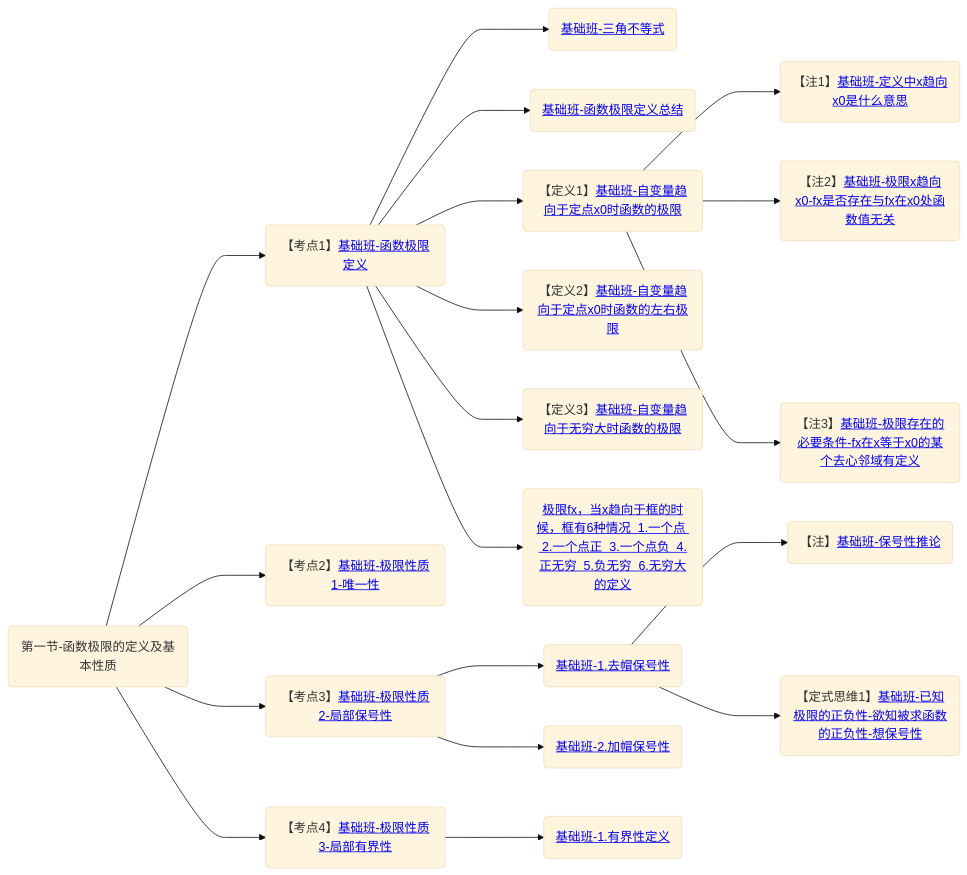
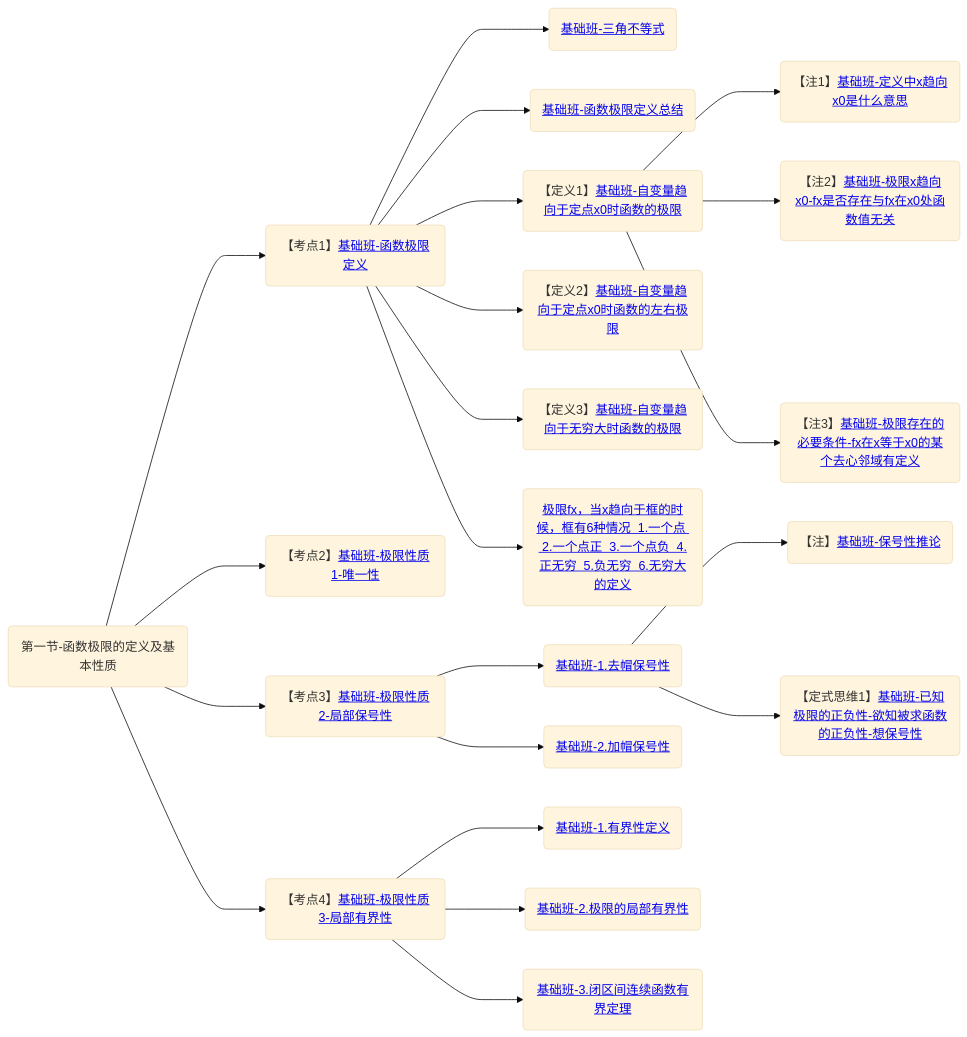
Before and after one commit to yuebinghui/note: the diagram in 笔记/数学/周洋鑫/基础班/00.大纲.md, drawn with Mermaid (base theme). The commit also changed 9 other files, not shown here.

````diff
--- a/笔记/数学/周洋鑫/基础班/00.大纲.md
+++ b/笔记/数学/周洋鑫/基础班/00.大纲.md
@@ -1,28 +1,30 @@
 ```mermaid
 graph LR
 第一节-函数极限的定义及基本性质(第一节-函数极限的定义及基本性质)
 
 第一节-函数极限的定义及基本性质--->基础班-函数极限定义(【考点1】<a href="/Users/yuebinghui/Documents/program/github/note/笔记/数学/周洋鑫/基础班/01.函数极限的定义与性质-1.md#基础班-函数极限定义">基础班-函数极限定义</>)
 
 基础班-函数极限定义--->基础班-三角不等式(<a href="/Users/yuebinghui/Documents/program/github/note/笔记/数学/周洋鑫/基础班/01.函数极限的定义与性质-1.md#基础班-三角不等式">基础班-三角不等式</>)
 基础班-函数极限定义--->基础班-函数极限定义总结(<a href="/Users/yuebinghui/Documents/program/github/note/笔记/数学/周洋鑫/基础班/01.函数极限的定义与性质-1.md#基础班-函数极限定义总结">基础班-函数极限定义总结</>)
 基础班-函数极限定义--->基础班-自变量趋向于定点x0时函数的极限(【定义1】<a href="/Users/yuebinghui/Documents/program/github/note/笔记/数学/周洋鑫/基础班/01.函数极限的定义与性质-1.md#基础班-自变量趋向于定点x0时函数的极限">基础班-自变量趋向于定点x0时函数的极限</>)
 基础班-自变量趋向于定点x0时函数的极限--->基础班-定义中x趋向x0是什么意思(【注1】<a href="/Users/yuebinghui/Documents/program/github/note/笔记/数学/周洋鑫/基础班/01.函数极限的定义与性质-1.md#基础班-定义中x趋向x0是什么意思">基础班-定义中x趋向x0是什么意思</>)
 基础班-自变量趋向于定点x0时函数的极限--->基础班-极限x趋向x0-fx是否存在与fx在x0处函数值无关(【注2】<a href="/Users/yuebinghui/Documents/program/github/note/笔记/数学/周洋鑫/基础班/01.函数极限的定义与性质-1.md#基础班-极限x趋向x0-fx是否存在与fx在x0处函数值无关">基础班-极限x趋向x0-fx是否存在与fx在x0处函数值无关</>)
 基础班-自变量趋向于定点x0时函数的极限--->基础班-极限存在的必要条件-fx在x等于x0的某个去心邻域有定义(【注3】<a href="/Users/yuebinghui/Documents/program/github/note/笔记/数学/周洋鑫/基础班/01.函数极限的定义与性质-1.md#基础班-极限存在的必要条件-fx在x等于x0的某个去心邻域有定义">基础班-极限存在的必要条件-fx在x等于x0的某个去心邻域有定义</>)
 基础班-函数极限定义--->基础班-自变量趋向于定点x0时函数的左右极限(【定义2】<a href="/Users/yuebinghui/Documents/program/github/note/笔记/数学/周洋鑫/基础班/01.函数极限的定义与性质-1.md#基础班-自变量趋向于定点x0时函数的左右极限">基础班-自变量趋向于定点x0时函数的左右极限</>)
 基础班-函数极限定义--->基础班-自变量趋向于无穷大时函数的极限(【定义3】<a href="/Users/yuebinghui/Documents/program/github/note/笔记/数学/周洋鑫/基础班/01.函数极限的定义与性质-1.md#基础班-自变量趋向于无穷大时函数的极限">基础班-自变量趋向于无穷大时函数的极限</>)
 基础班-函数极限定义--->基础班-极限fx-x趋向于框的时候框有6种情况1.一个点2.一个点正3.一个点负4.正无穷5.负无穷6.无穷大的定义(<a href="/Users/yuebinghui/Documents/program/github/note/笔记/数学/周洋鑫/基础班/01.函数极限的定义与性质-1.md#基础班-极限fx-x趋向于框的时候框有6种情况1.一个点2.一个点正3.一个点负4.正无穷5.负无穷6.无穷大的定义">极限fx，当x趋向于框的时候，框有6种情况  1.一个点  2.一个点正  3.一个点负  4.正无穷  5.负无穷  6.无穷大的定义</>)
 
 第一节-函数极限的定义及基本性质--->基础班-极限性质1-唯一性(【考点2】<a href="/Users/yuebinghui/Documents/program/github/note/笔记/数学/周洋鑫/基础班/01.函数极限的定义与性质-1.md#基础班-极限性质1-唯一性">基础班-极限性质1-唯一性</>)
 
 第一节-函数极限的定义及基本性质--->基础班-极限性质2-局部保号性(【考点3】<a href="/Users/yuebinghui/Documents/program/github/note/笔记/数学/周洋鑫/基础班/01.函数极限的定义与性质-1.md#基础班-极限性质2-局部保号性">基础班-极限性质2-局部保号性</>)
 基础班-极限性质2-局部保号性--->基础班-1.去帽保号性(<a href="/Users/yuebinghui/Documents/program/github/note/笔记/数学/周洋鑫/基础班/01.函数极限的定义与性质-1.md#基础班-1.去帽保号性">基础班-1.去帽保号性</>)
 基础班-1.去帽保号性--->基础班-保号性推论(【注】<a href="/Users/yuebinghui/Documents/program/github/note/笔记/数学/周洋鑫/基础班/01.函数极限的定义与性质-1.md#基础班-保号性推论">基础班-保号性推论</>)
 基础班-1.去帽保号性--->基础班-已知极限的正负性-欲知被求函数的正负性-想保号性(【定式思维1】<a href="/Users/yuebinghui/Documents/program/github/note/笔记/数学/周洋鑫/基础班/01.函数极限的定义与性质-1.md#基础班-已知极限的正负性-欲知被求函数的正负性-想保号性">基础班-已知极限的正负性-欲知被求函数的正负性-想保号性</>)
 基础班-极限性质2-局部保号性--->基础班-加帽保号性(<a href="/Users/yuebinghui/Documents/program/github/note/笔记/数学/周洋鑫/基础班/01.函数极限的定义与性质-1.md#基础班-加帽保号性">基础班-2.加帽保号性</>)
 
 第一节-函数极限的定义及基本性质--->基础班-极限性质3-局部有界性(【考点4】<a href="/Users/yuebinghui/Documents/program/github/note/笔记/数学/周洋鑫/基础班/01.函数极限的定义与性质-1.md#基础班-极限性质3-局部有界性">基础班-极限性质3-局部有界性</>)
 基础班-极限性质3-局部有界性--->基础班-1.有界性定义(<a href="/Users/yuebinghui/Documents/program/github/note/笔记/数学/周洋鑫/基础班/01.函数极限的定义与性质-1.md#基础班-1.有界性定义">基础班-1.有界性定义</>)
+基础班-极限性质3-局部有界性--->基础班-2.极限的局部有界性(<a href="/Users/yuebinghui/Documents/program/github/note/笔记/数学/周洋鑫/基础班/01.函数极限的定义与性质-1.md#基础班-2.极限的局部有界性">基础班-2.极限的局部有界性</>)
+基础班-极限性质3-局部有界性--->基础班-3.闭区间连续函数有界定理(<a href="/Users/yuebinghui/Documents/program/github/note/笔记/数学/周洋鑫/基础班/01.函数极限的定义与性质-1.md#基础班-3.闭区间连续函数有界定理">基础班-3.闭区间连续函数有界定理</>)
 
 ```
````
